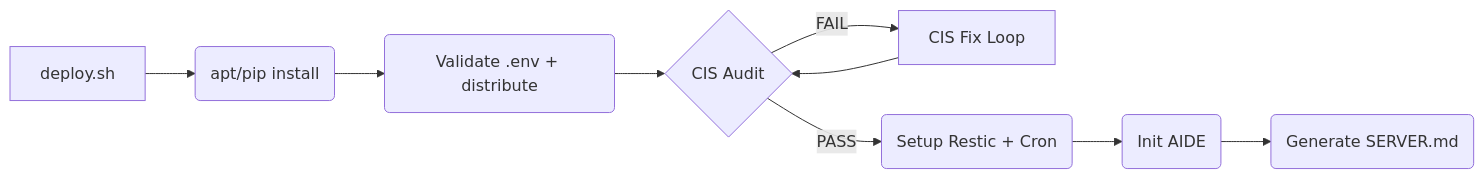
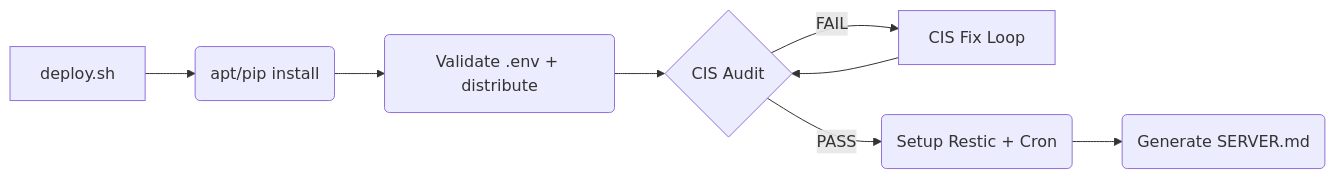
The first of 2 diagrams in README.md (mlenkov/base-mais-server-setup), drawn with Mermaid before and after one commit. The commit also changed other lines of this file and 8 other files, not shown here.

````diff
--- a/README.md
+++ b/README.md
@@ -71,11 +71,10 @@
 ```mermaid
 graph LR
     A[deploy.sh] --> B(apt/pip install)
     B --> C(Validate .env + distribute)
     C --> D{CIS Audit}
     D -->|FAIL| E[CIS Fix Loop]
     E --> D
     D -->|PASS| F(Setup Restic + Cron)
-    F --> G(Init AIDE)
-    G --> H(Generate SERVER.md)
+    F --> G(Generate SERVER.md)
 ```
````
